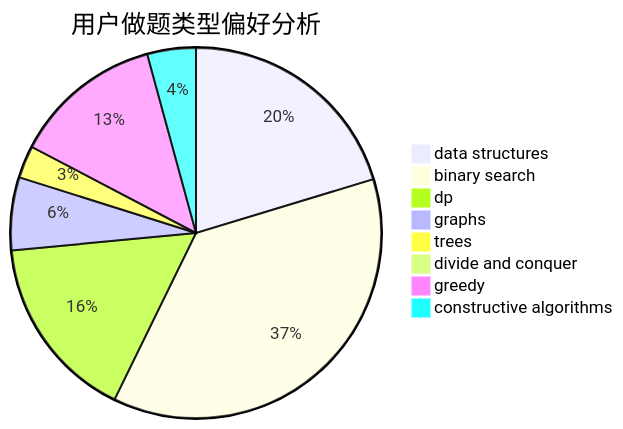
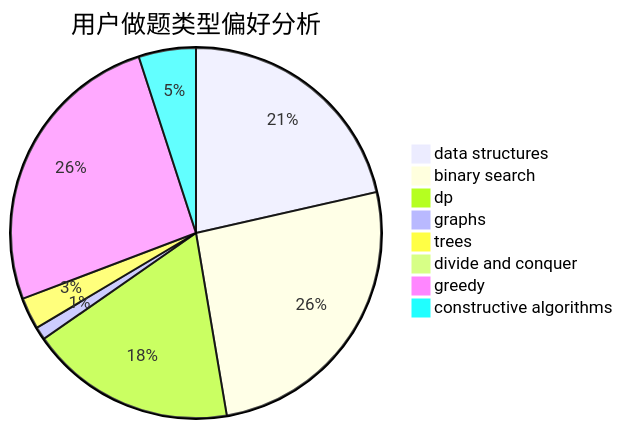
Before and after one commit to sherpahu/cfrs.github.io: the second of 3 diagrams in docs/user/u995.md, drawn with Mermaid. The commit also changed other lines of this file and 2770 other files, not shown here.

````diff
--- a/docs/user/u995.md
+++ b/docs/user/u995.md
@@ -23,11 +23,11 @@
 ```mermaid
 pie title 用户做题类型偏好分析
-    "data structures" :  115
-    "binary search" :  209
-    "dp" :  92
-    "graphs" :  36
-    "trees" :  16
-    "divide and conquer" :  0
-    "greedy" :  74
-    "constructive algorithms" :  24
+    "data structures" :  532
+    "binary search" :  642
+    "dp" :  446
+    "graphs" :  28
+    "trees" :  69
+    "divide and conquer" :  10
+    "greedy" :  639
+    "constructive algorithms" :  124
 ```
````
